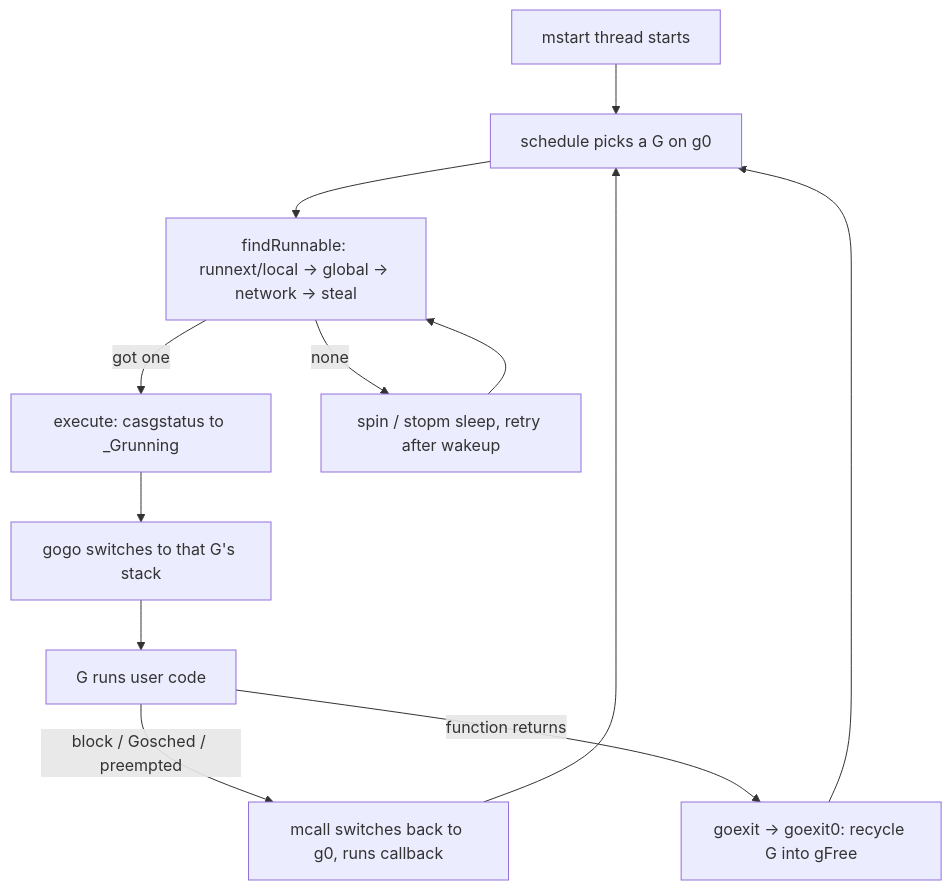
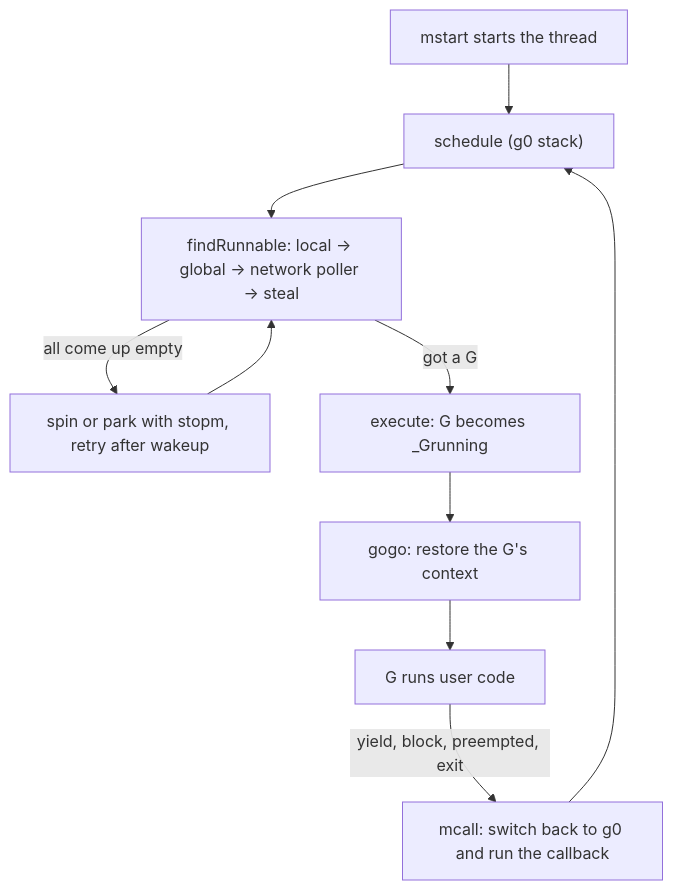
Before and after one commit to golang-design/under-the-hood: the diagram in book/en-us/part3concurrency/ch09sched/schedule.md, drawn with Mermaid. The commit also changed other lines of this file and 30 other files, not shown here.

````diff
--- a/book/en-us/part3concurrency/ch09sched/schedule.md
+++ b/book/en-us/part3concurrency/ch09sched/schedule.md
@@ -29,14 +66,12 @@
 ```mermaid
 flowchart TD
-    MS[mstart thread starts] --> SC["schedule picks a G on g0"]
-    SC --> FR["findRunnable: runnext/local → global → network → steal"]
-    FR -->|got one| EX["execute: casgstatus to _Grunning"]
-    FR -->|none| PARK["spin / stopm sleep, retry after wakeup"]
+    MS[mstart starts the thread] --> SC["schedule (g0 stack)"]
+    SC --> FR["findRunnable: local → global → network poller → steal"]
+    FR -->|all come up empty| PARK["spin or park with stopm, retry after wakeup"]
     PARK --> FR
-    EX --> GOGO["gogo switches to that G's stack"]
+    FR -->|got a G| EX["execute: G becomes _Grunning"]
+    EX --> GOGO["gogo: restore the G's context"]
     GOGO --> RUN["G runs user code"]
-    RUN -->|block / Gosched / preempted| MC["mcall switches back to g0, runs callback"]
+    RUN -->|"yield, block, preempted, exit"| MC["mcall: switch back to g0 and run the callback"]
     MC --> SC
-    RUN -->|function returns| GE["goexit → goexit0: recycle G into gFree"]
-    GE --> SC
 ```
````
